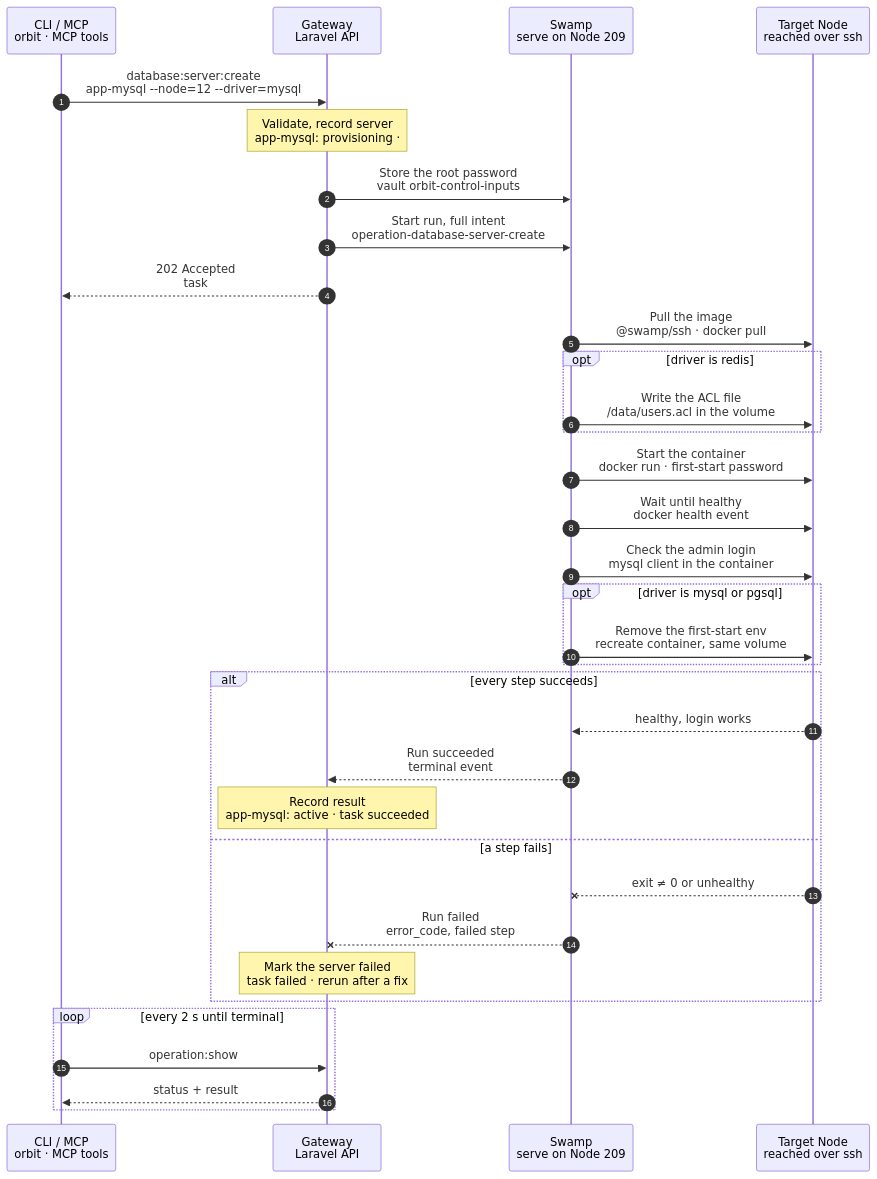
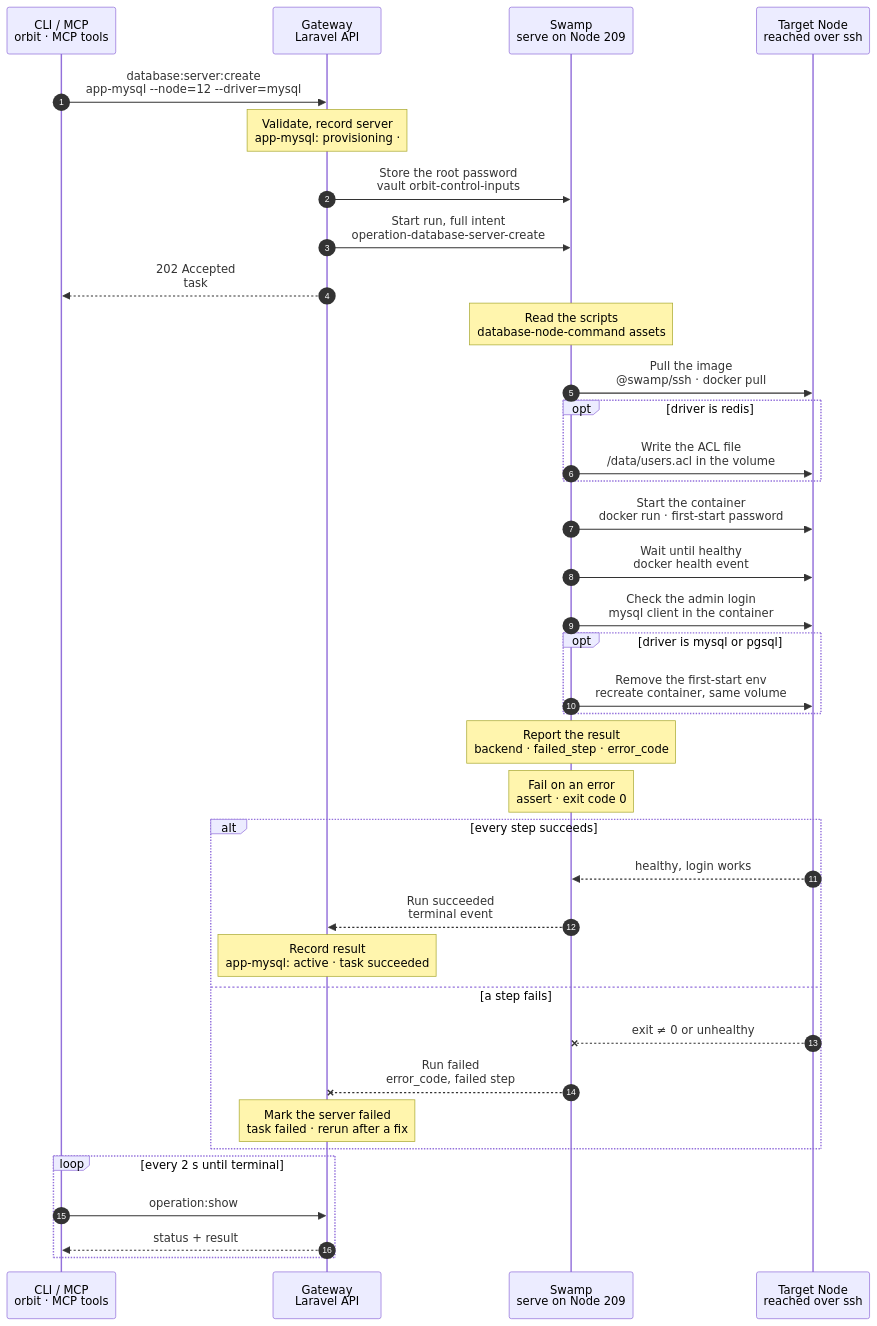
The diagram in docs/flows/database_server.create.mmd (hardimpactdev/orbit), drawn with Mermaid before and after one commit. The commit also changed 50 other files, not shown here.

```diff
--- a/docs/flows/database_server.create.mmd
+++ b/docs/flows/database_server.create.mmd
@@ -1,139 +1,151 @@
 sequenceDiagram
   %% Target design: ADR 0244 task, single-swamp-node, DECISIONS R1-R4 (root password by vault key), docs/reference/database-servers.md. Valkey adoption (--process, --connection) removed.
   %% status: draft
   %% command: database:server:create
   autonumber
   %% lane CLI icon=terminal pill=caller tone=gray
   %% lane GW icon=gateway pill=intent tone=blue
   %% lane SW icon=workflow pill=executes tone=green
   %% lane N icon=server pill=target tone=amber
   participant CLI as CLI / MCP<br/>orbit · MCP tools
   participant GW as Gateway<br/>Laravel API
   participant SW as Swamp<br/>serve on Node 209
   participant N as Target Node<br/>reached over ssh
   CLI->>GW: database:server:create<br/>app-mysql --node=12 --driver=mysql
   %%> Command:
   %%> - `orbit database:server:create app-mysql --node=12 --driver=mysql`
   %%> - syntax: `<slug> --node=NODE [--driver=mysql|pgsql|redis] [--tag=TAG] [--port=PORT] [--idempotency-key=KEY] [--json]`
   %%> Input:
   %%> - the slug of the Database server as the argument, lowercase kebab, at most 63 characters
   %%> - the Node, and optionally the driver, the image tag and the port
   %%> Defaults:
   %%> - driver `mysql`; a `redis` server runs Valkey
   %%> - tag `8.4` for mysql, `18` for pgsql, `8.1` for redis
   %%> - port `3306`, `5432` or `6379`
   %%> Not included:
   %%> - adopting an existing Valkey Process with `--process` and `--connection`; both adoptions are done, so the option is removed
   Note over GW: Validate, record server<br/>app-mysql: provisioning · #5150
   %%> Requirements:
   %%> - your Node has an access grant to Node 12
   %%> - Node 12 is an active Linux Node with Docker and a WireGuard address
   %%> - no other Database server has the slug, or this is the same request again (then it continues)
   %%> - no other Process on Node 12 publishes port 3306
   %%> - no removal of app-mysql is unfinished
   %%> What it does:
   %%> - generates the root password and stores it encrypted on the Database server record
   %%> - records the Docker Node Process `app-mysql` with image `mysql:8.4` and volume `orbit-app-mysql-data`
   %%> - takes the lock for app-mysql, so no database change runs on it at the same time
   %%> Result:
   %%> - Database server app-mysql recorded with status provisioning
   %%> - task #5150 recorded with the full intent
   %%> - nothing has happened on the Node yet
   GW->>SW: Store the root password<br/>vault orbit-control-inputs
   %%> What it does:
-  %%> - writes an execution copy of the root password to the Swamp vault, under the key `database-server-create-intent-5150`
+  %%> - writes an execution copy of the root password to the Swamp vault, under the server's own key `database-server-14-admin`
+  %%> - for redis: also writes the ACL file, which holds only password hashes, under `database-server-create-intent-5150`
   %%> Why:
   %%> - the password never enters the intent, the run inputs, the Process record or a command argument (R3)
   %%> - steps read it with `vault.get` and pass it on standard input
+  %%> - every later database kind that logs in as the admin reads the same key by name
   GW->>SW: Start run, full intent<br/>operation-database-server-create
   %%> What it does:
   %%> - starts one Swamp run on serve (Node 209)
   %%> Inputs:
   %%> - driver, image, port, container name and volume
   %%> - the private bindings: Node 12's WireGuard address, and its LAN address when it has one
-  %%> - the vault key name of the password, never the value
+  %%> - the vault key names of the password and the ACL file, never the values
   %%> - Node 12's address and SSH host keys; the SSH identity comes from the `swamp` role
   GW-->>CLI: 202 Accepted<br/>task #5150
   %%> What you get:
   %%> - the task number, at once
   %%> Next:
   %%> - the CLI follows the task with `operation:show`
+  Note over SW: Read the scripts<br/>database-node-command assets
+  %%> What it does:
+  %%> - reads the shipped phase script on 209, to send it over SSH in argv
+  %%> - nothing is copied to Node 12, so nothing is left to clean up
   SW->>N: Pull the image<br/>@swamp/ssh · docker pull
   %%> How:
   %%> - Swamp reaches Node 12 over SSH from 209 with the official `@swamp/ssh` behavior
   %%> What it does:
   %%> - pulls `mysql:8.4`; an image that is already present is kept
   opt driver is redis
     SW->>N: Write the ACL file<br/>/data/users.acl in the volume
     %%> What it does:
     %%> - writes one line for the user `default` with the SHA-256 hash of the admin password, through a short-lived container that mounts the volume
     %%> - the file comes on standard input; it holds only hashes
     %%> Why:
     %%> - Valkey starts only from this file; without it Valkey refuses to start, so a damaged server stays closed
     %%> Repair:
     %%> - on an active Valkey server, the same command rebuilds the file from the records, with every ACL user
   end
   SW->>N: Start the container<br/>docker run · first-start password
   %%> What it does:
   %%> - starts `app-mysql` with the volume and the port bound only on the private addresses
   %%> - for mysql and pgsql: passes `MYSQL_ROOT_PASSWORD` or `POSTGRES_PASSWORD` once, from the vault through standard input
   %%> - for redis: no environment; Valkey runs with `--aclfile /data/users.acl`
   %%> Never:
   %%> - binds `0.0.0.0`, an IPv6 wildcard or a public address
   SW->>N: Wait until healthy<br/>docker health event
   %%> What it does:
   %%> - reads Docker's first health event for the container
   %%> - healthy goes on; unhealthy or an exit fails the step
   %%> Why:
   %%> - Docker owns the probe; the run's time budget bounds the wait
   SW->>N: Check the admin login<br/>mysql client in the container
   %%> What it does:
   %%> - logs in as root over TCP inside the container, with the password on standard input
   %%> - for redis: logs in as `default`
   %%> Why:
   %%> - only the final server accepts this login, so the next step never recreates a container that is still initializing
   opt driver is mysql or pgsql
     SW->>N: Remove the first-start env<br/>recreate container, same volume
     %%> What it does:
     %%> - recreates `app-mysql` without the password variable; the data volume keeps the password
     %%> - checks the root login again
     %%> Result:
     %%> - the password is absent from the container environment and `docker inspect`
   end
+  Note over SW: Report the result<br/>backend · failed_step · error_code
+  %%> What it does:
+  %%> - maps the first failed step to its error code, for example `database.server_unhealthy`
+  Note over SW: Fail on an error<br/>assert · exit code 0
+  %%> What it does:
+  %%> - fails the run when the report holds an `error_code`, so the task fails with that code
   alt every step succeeds
     N-->>SW: healthy, login works
     %%> Returns:
     %%> - the container is healthy and the admin login works
     SW-->>GW: Run succeeded<br/>terminal event
     %%> How the Gateway learns it:
     %%> - its shared run reader sees the terminal event; Swamp never calls the Gateway
     Note over GW: Record result<br/>app-mysql: active · task succeeded
     %%> Result:
     %%> - Database server app-mysql becomes active, and its Process runs
     %%> - task #5150 succeeds
     %%> - `database:create --server=app-mysql` can now create databases on it
   else a step fails
     N--xSW: exit ≠ 0 or unhealthy
     %%> When:
     %%> - the pull fails, the container does not become healthy, or the admin login fails
     SW--xGW: Run failed<br/>error_code, failed step
     %%> The Gateway reads:
     %%> - which step failed and its error code, such as `database.server_start_failed`
     Note over GW: Mark the server failed<br/>task failed · rerun after a fix
     %%> Result:
     %%> - Database server app-mysql is marked failed, with the failed step
     %%> - task #5150 fails
     %%> On the Node:
     %%> - the container and the volume stay as they are; there is no rollback
     %%> - that is safe: a rerun reuses the recorded password, Process and volume
     %%> Retry:
     %%> - run the same command again after fixing the cause; it is a new task and continues from the current state
   end
   loop every 2 s until terminal
     CLI->>GW: operation:show #5150
     %%> What it does:
     %%> - asks for the task's status every 2 seconds until it has ended
     GW-->>CLI: status + result
     %%> Returns:
     %%> - the current status, and the result once the task has ended
   end
```
